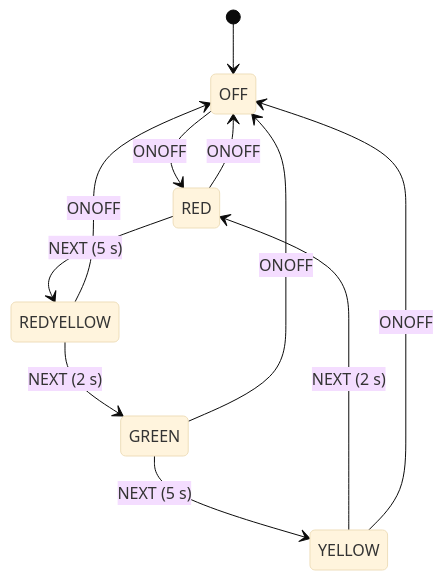
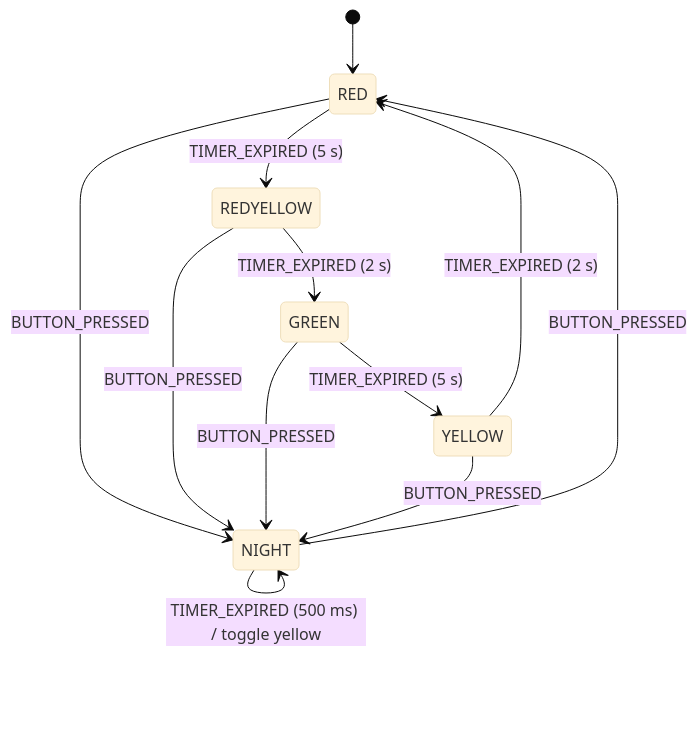
The diagram in esp32-fsm-traffic-light/README.md (jomaway/esp32-examples), drawn with Mermaid (base theme) before and after one commit. The commit also changed other lines of this file and 6 other files, not shown here.

````diff
--- a/esp32-fsm-traffic-light/README.md
+++ b/esp32-fsm-traffic-light/README.md
@@ -18,13 +19,14 @@
 ```mermaid
 stateDiagram-v2
-    [*] --> OFF
-    OFF --> RED: ONOFF
-    RED --> REDYELLOW: NEXT (5 s)
-    REDYELLOW --> GREEN: NEXT (2 s)
-    GREEN --> YELLOW: NEXT (5 s)
-    YELLOW --> RED: NEXT (2 s)
-    RED --> OFF: ONOFF
-    REDYELLOW --> OFF: ONOFF
-    GREEN --> OFF: ONOFF
-    YELLOW --> OFF: ONOFF
+    [*] --> RED
+    RED --> REDYELLOW: TIMER_EXPIRED (5 s)
+    REDYELLOW --> GREEN: TIMER_EXPIRED (2 s)
+    GREEN --> YELLOW: TIMER_EXPIRED (5 s)
+    YELLOW --> RED: TIMER_EXPIRED (2 s)
+    RED --> NIGHT: BUTTON_PRESSED
+    REDYELLOW --> NIGHT: BUTTON_PRESSED
+    GREEN --> NIGHT: BUTTON_PRESSED
+    YELLOW --> NIGHT: BUTTON_PRESSED
+    NIGHT --> RED: BUTTON_PRESSED
+    NIGHT --> NIGHT: TIMER_EXPIRED (500 ms) / toggle yellow
 ```
````
